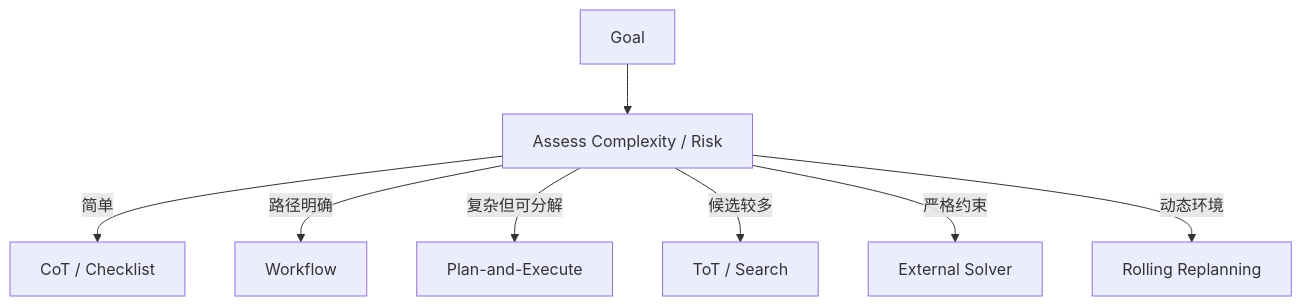
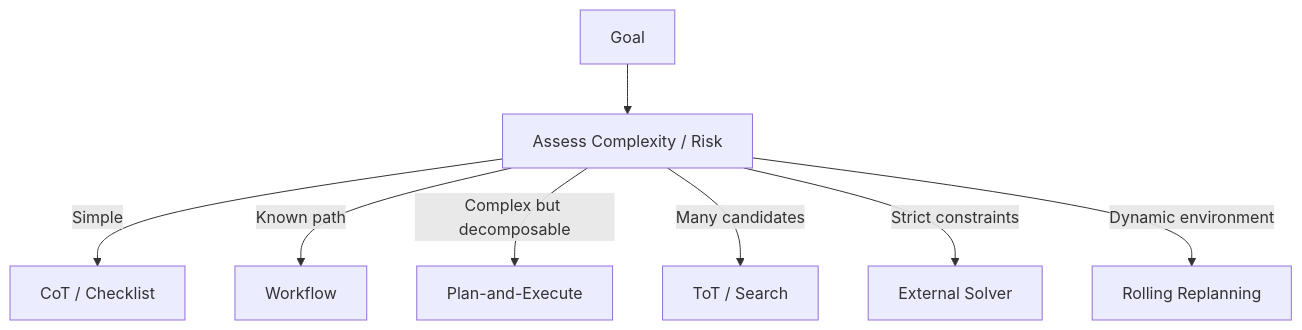
Before and after one commit to oneleaveknowsthefall/awesome-ai-roadmap: diagram 16 of 17 in docs/agent/02-reasoning-planning/11-llm-agent-planning.md, drawn with Mermaid. The commit also changed other lines of this file and 68 other files, not shown here.

````diff
--- a/docs/agent/02-reasoning-planning/11-llm-agent-planning.md
+++ b/docs/agent/02-reasoning-planning/11-llm-agent-planning.md
@@ -904,10 +906,10 @@
 ```mermaid
 flowchart TB
     G[Goal] --> A[Assess Complexity / Risk]
-    A -->|简单| C[CoT / Checklist]
-    A -->|路径明确| W[Workflow]
-    A -->|复杂但可分解| P[Plan-and-Execute]
-    A -->|候选较多| T[ToT / Search]
-    A -->|严格约束| S[External Solver]
-    A -->|动态环境| R[Rolling Replanning]
+    A -->|Simple| C[CoT / Checklist]
+    A -->|Known path| W[Workflow]
+    A -->|Complex but decomposable| P[Plan-and-Execute]
+    A -->|Many candidates| T[ToT / Search]
+    A -->|Strict constraints| S[External Solver]
+    A -->|Dynamic environment| R[Rolling Replanning]
 ```
````
